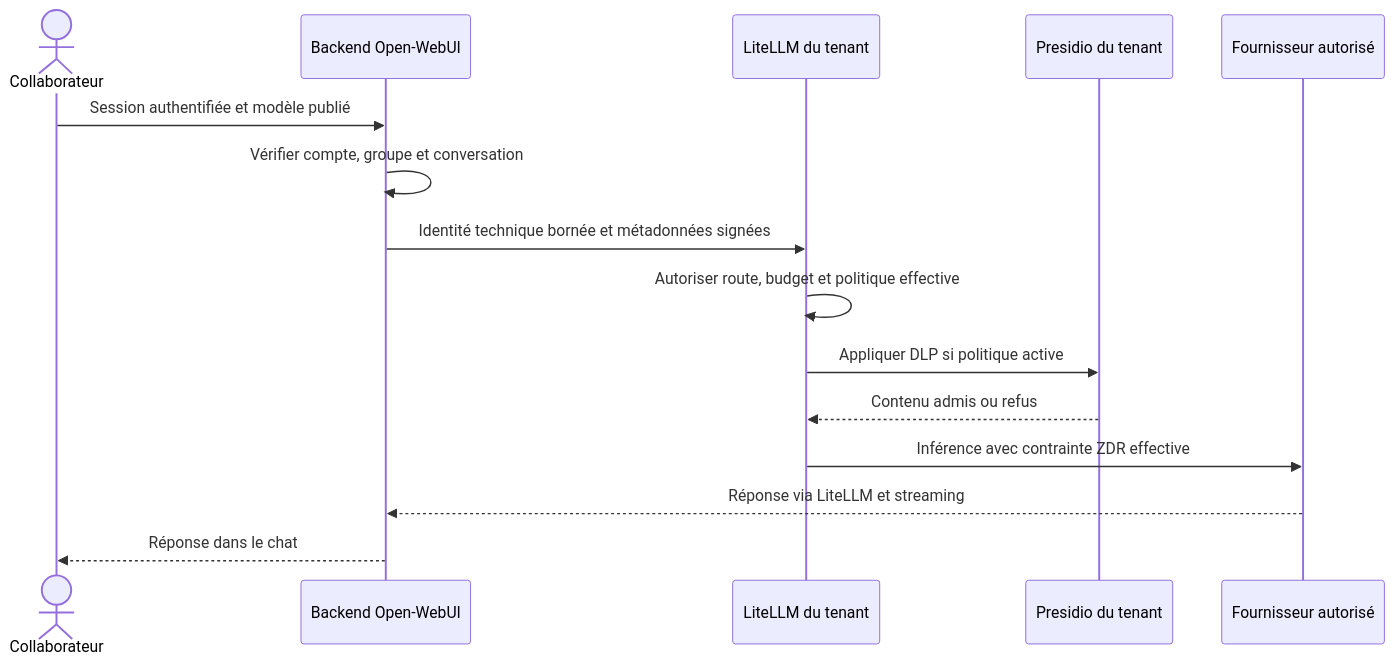
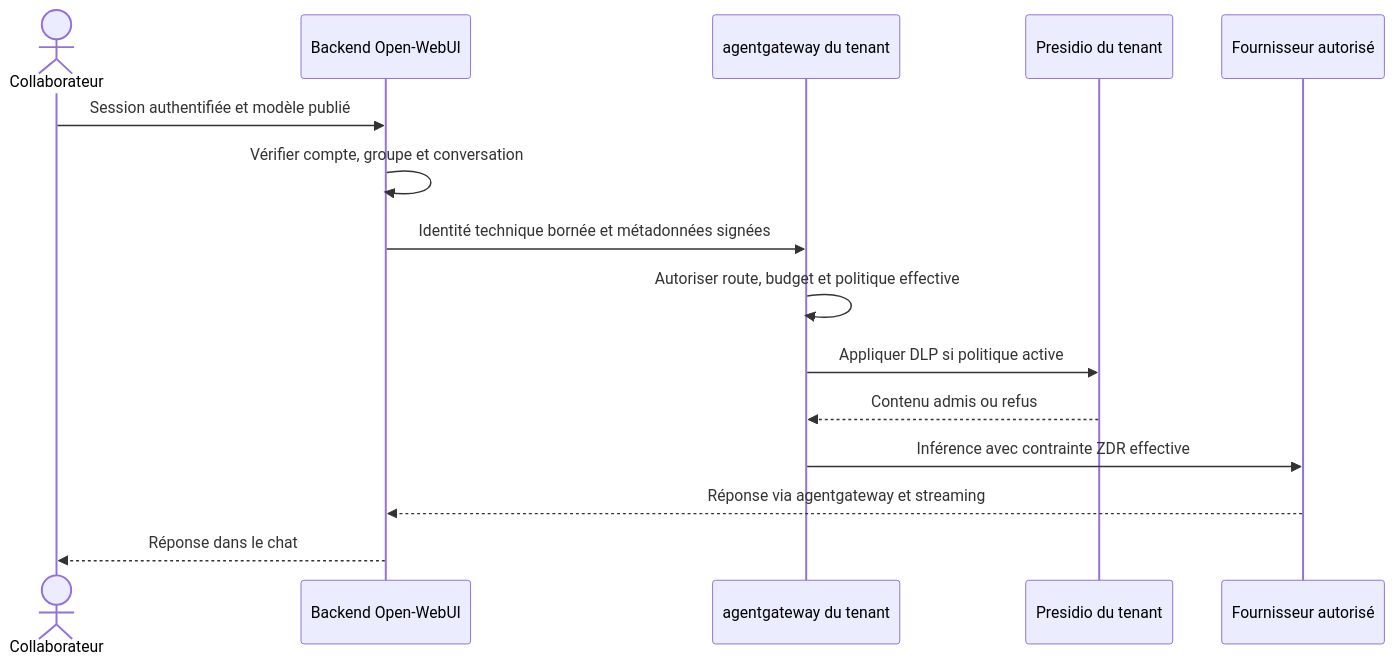
The second of 4 diagrams in docs/v0.7/conception.md (nicolastheuil/ArcIA), drawn with Mermaid before and after one commit. The commit also changed other lines of this file and 39 other files, not shown here.

````diff
--- a/docs/v0.7/conception.md
+++ b/docs/v0.7/conception.md
@@ -68,17 +68,17 @@
 ```mermaid
 sequenceDiagram
     actor U as Collaborateur
     participant W as Backend Open-WebUI
-    participant L as LiteLLM du tenant
+    participant L as agentgateway du tenant
     participant D as Presidio du tenant
     participant P as Fournisseur autorisé
     U->>W: Session authentifiée et modèle publié
     W->>W: Vérifier compte, groupe et conversation
     W->>L: Identité technique bornée et métadonnées signées
     L->>L: Autoriser route, budget et politique effective
     L->>D: Appliquer DLP si politique active
     D-->>L: Contenu admis ou refus
     L->>P: Inférence avec contrainte ZDR effective
-    P-->>W: Réponse via LiteLLM et streaming
+    P-->>W: Réponse via agentgateway et streaming
     W-->>U: Réponse dans le chat
 ```
````
